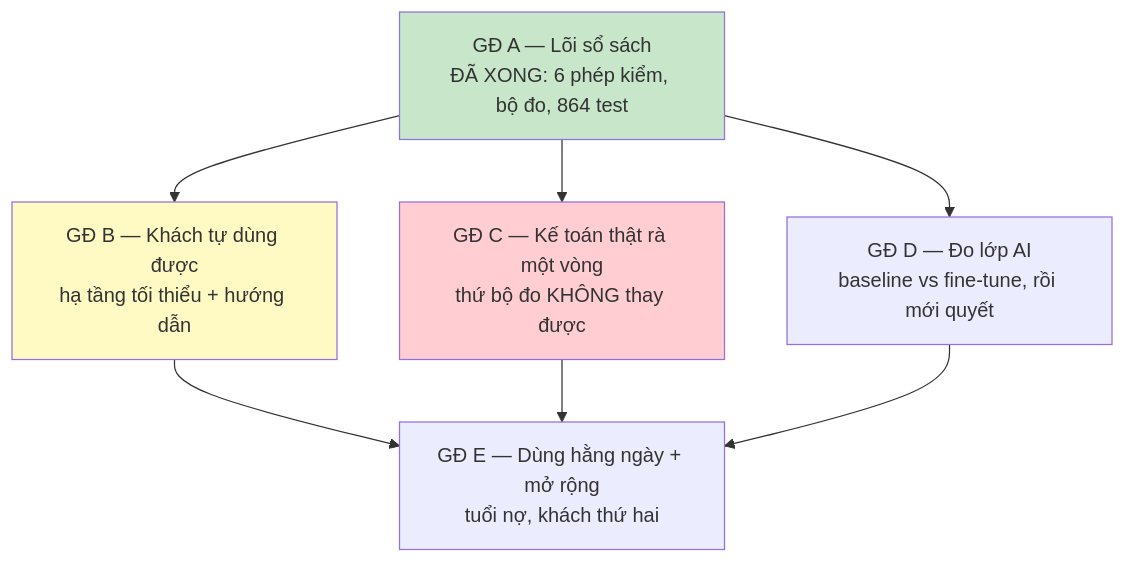
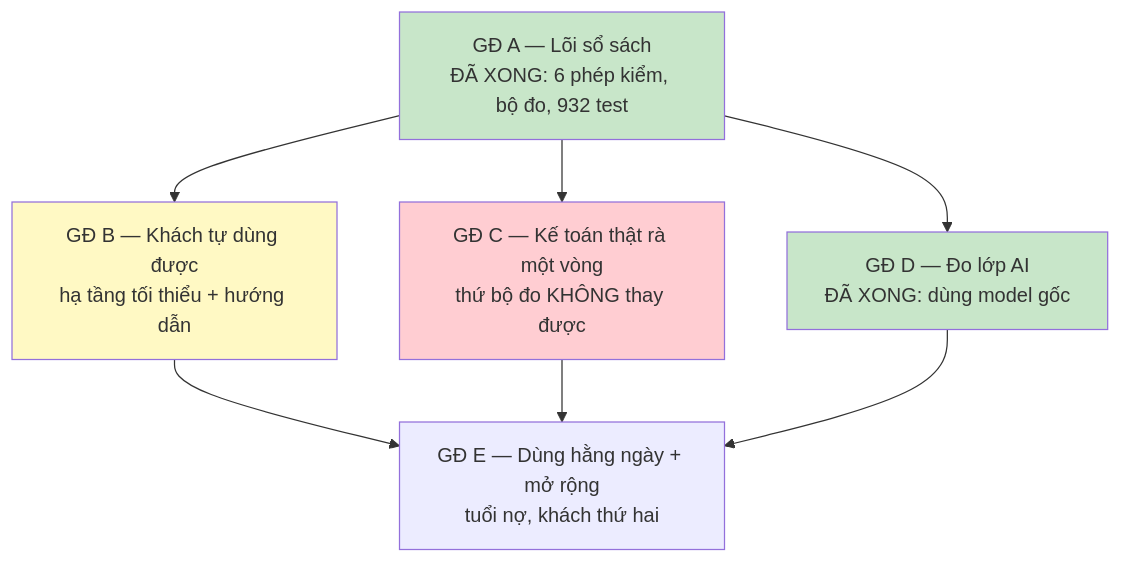
Before and after one commit to PCBoiz/ANSER_AI: the diagram in ROADMAP.md, drawn with Mermaid. The commit also changed other lines of this file, not shown here.

First line of the commit message:
docs(roadmap): GD D xong — do model hai phien, ket luan dung model goc

````diff
--- a/ROADMAP.md
+++ b/ROADMAP.md
@@ -58,16 +65,17 @@
 ```mermaid
 flowchart TD
-    A["GĐ A — Lõi sổ sách<br/>ĐÃ XONG: 6 phép kiểm, bộ đo, 864 test"]
+    A["GĐ A — Lõi sổ sách<br/>ĐÃ XONG: 6 phép kiểm, bộ đo, 932 test"]
 
     A --> B["GĐ B — Khách tự dùng được<br/>hạ tầng tối thiểu + hướng dẫn"]
     A --> C["GĐ C — Kế toán thật rà một vòng<br/>thứ bộ đo KHÔNG thay được"]
-    A --> D["GĐ D — Đo lớp AI<br/>baseline vs fine-tune, rồi mới quyết"]
+    A --> D["GĐ D — Đo lớp AI<br/>ĐÃ XONG: dùng model gốc"]
 
     B --> E["GĐ E — Dùng hằng ngày + mở rộng<br/>tuổi nợ, khách thứ hai"]
     C --> E
     D --> E
 
     style A fill:#c8e6c9
     style C fill:#ffcdd2
     style B fill:#fff9c4
+    style D fill:#c8e6c9
 ```
````
